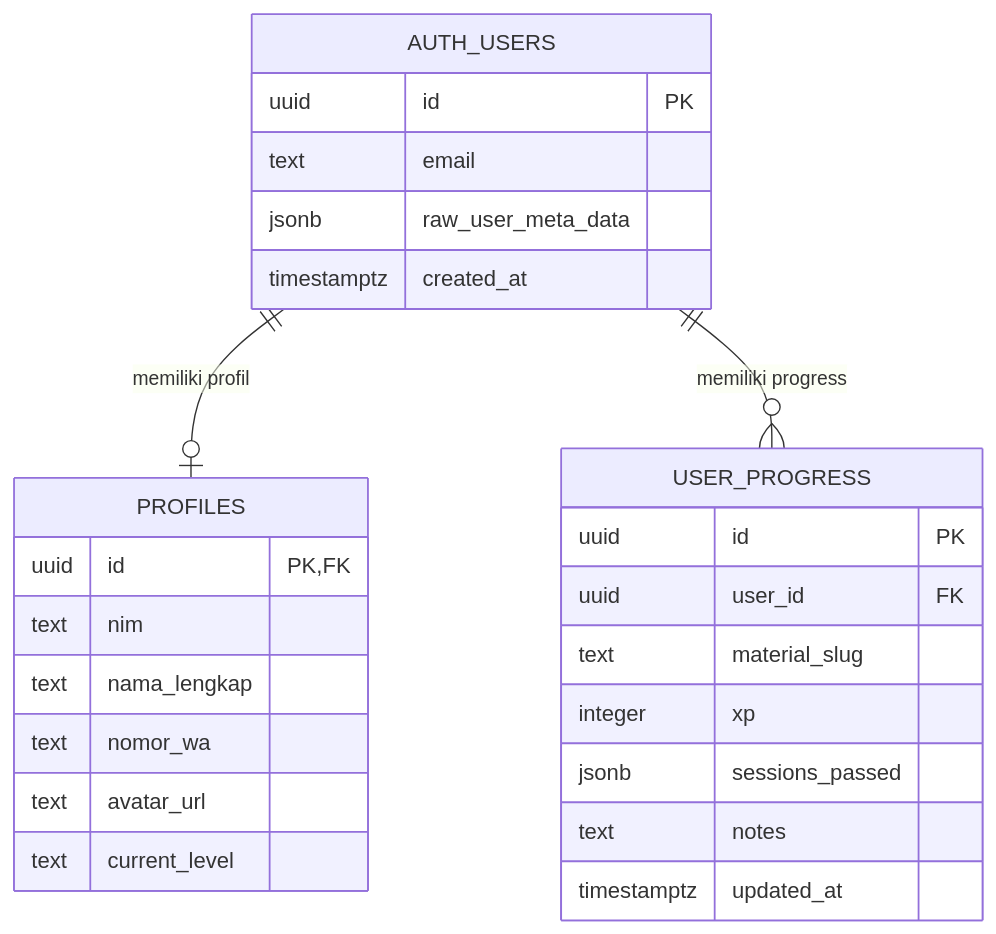
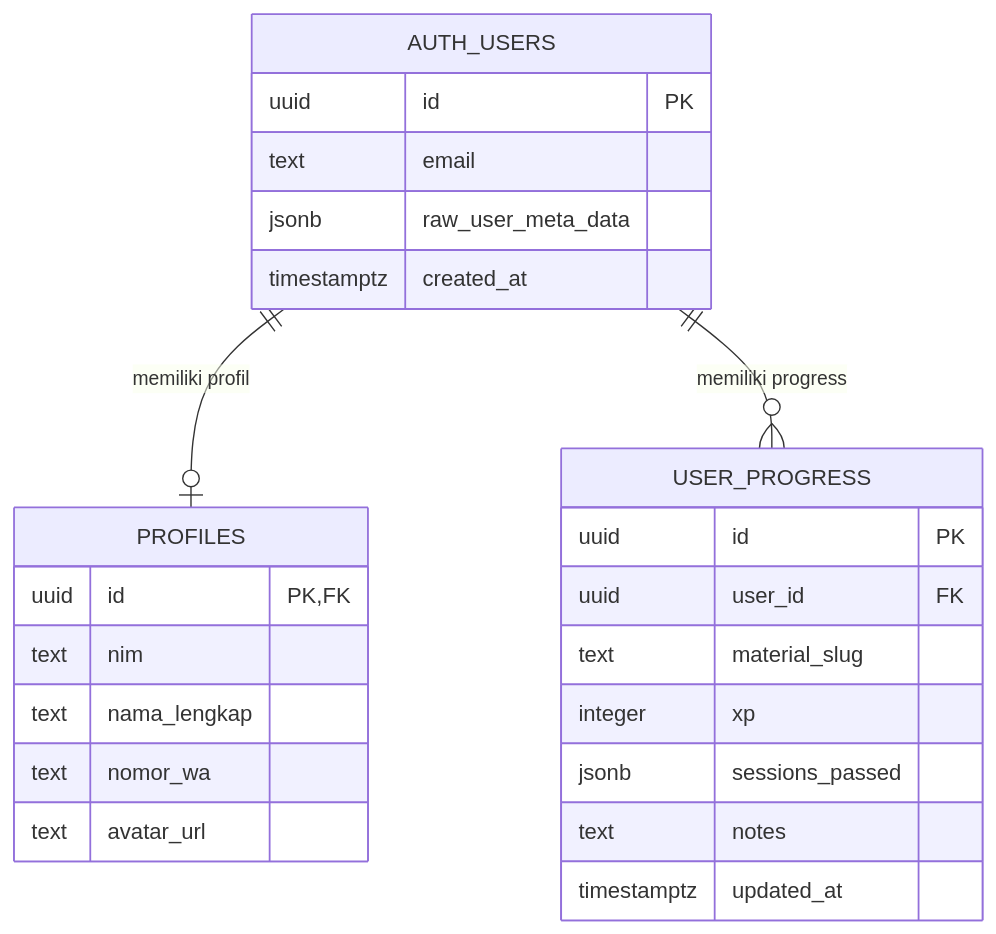
The diagram in ERD.md (nandayudhistirawibowo/NdUniverse), drawn with Mermaid before and after one commit. The commit also changed other lines of this file and 7 other files, not shown here.

````diff
--- a/ERD.md
+++ b/ERD.md
@@ -5,31 +5,30 @@
 ```mermaid
 erDiagram
     AUTH_USERS ||--o| PROFILES : "memiliki profil"
     AUTH_USERS ||--o{ USER_PROGRESS : "memiliki progress"
 
     AUTH_USERS {
         uuid id PK
         text email
         jsonb raw_user_meta_data
         timestamptz created_at
     }
 
     PROFILES {
         uuid id PK, FK
         text nim
         text nama_lengkap
         text nomor_wa
         text avatar_url
-        text current_level
     }
 
     USER_PROGRESS {
         uuid id PK
         uuid user_id FK
         text material_slug
         integer xp
         jsonb sessions_passed
         text notes
         timestamptz updated_at
     }
 ```
````
